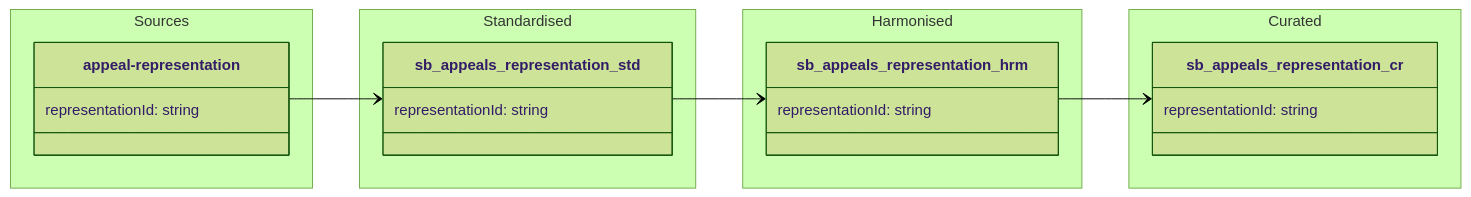
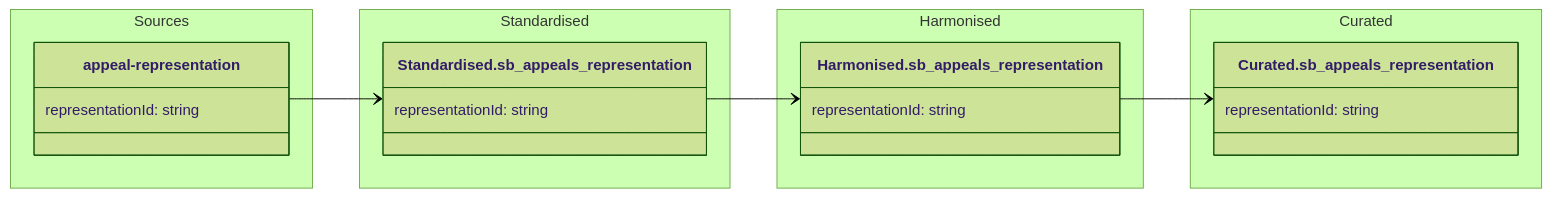
One commit to Planning-Inspectorate/odw-synapse-workspace changed the diagram in data-models/appeal-representation.md. Above: the diagram before and after it, drawn with Mermaid (forest theme).

````diff
--- a/data-models/appeal-representation.md
+++ b/data-models/appeal-representation.md
@@ -7,43 +7,36 @@
 ```mermaid
 
 classDiagram
 
     direction LR
 
     namespace Sources {
-
         class appeal-representation {
             representationId: string
         }
-
     }
     
     namespace Standardised {
-
-        class sb_appeals_representation_std {
+        class Standardised.sb_appeals_representation {
             representationId: string
         }
     }
 
     namespace Harmonised {
-
-        class sb_appeals_representation_hrm {
+        class Harmonised.sb_appeals_representation {
             representationId: string
         }
-
     }
 
     namespace Curated {
-
-        class sb_appeals_representation_cr {
+        class Curated.sb_appeals_representation {
             representationId: string
         }
-
     }
 
-`appeal-representation` --> `sb_appeals_representation_std`
-`sb_appeals_representation_std` --> `sb_appeals_representation_hrm`
-`sb_appeals_representation_hrm` --> `sb_appeals_representation_cr`
+`appeal-representation` --> `Standardised.sb_appeals_representation`
+`Standardised.sb_appeals_representation` --> `Harmonised.sb_appeals_representation`
+`Harmonised.sb_appeals_representation` --> `Curated.sb_appeals_representation`
 
 
 ```
````
